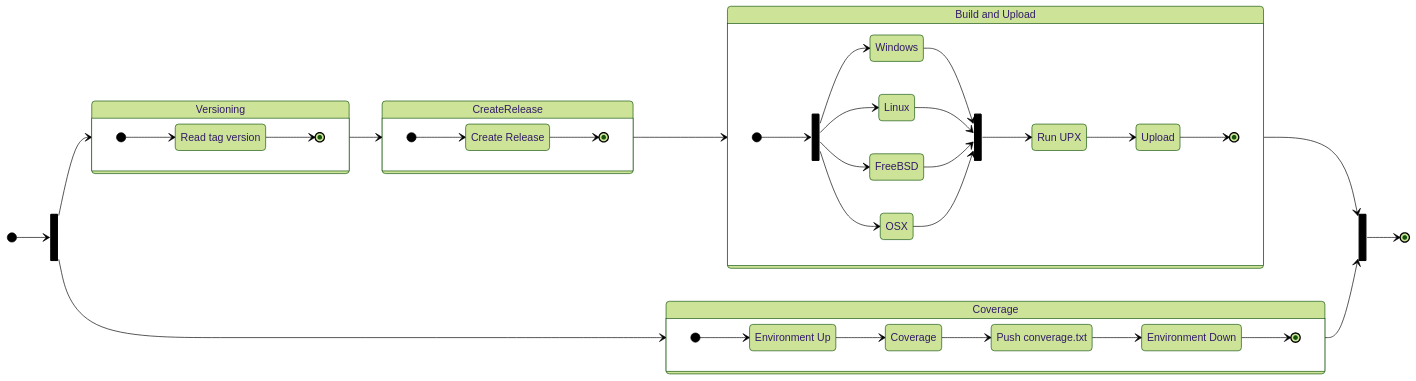
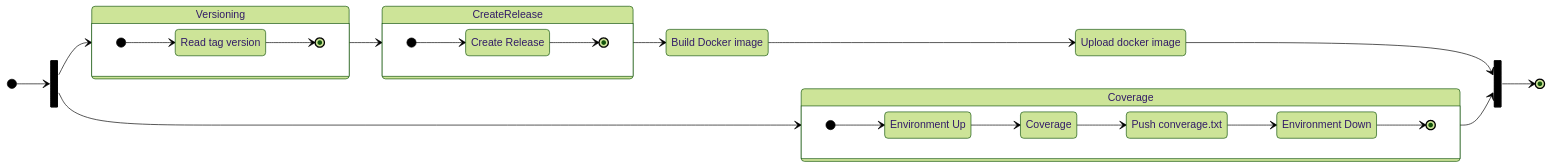
Before and after one commit to hawks-atlanta/docs: the fourth of 5 diagrams in CICD.md, drawn with Mermaid (forest theme).

Commit message:
docs: updated CI release pipeline

````diff
--- a/CICD.md
+++ b/CICD.md
@@ -74,64 +74,48 @@
 ```mermaid
 stateDiagram-v2
 	direction LR
 	
 	state Versioning {
 		direction LR
 		VersionPy: Read tag version
 		[*] --> VersionPy
 		VersionPy --> [*]
 	}
-	BuildAndUpload: Build and Upload
-	state BuildAndUpload {
-		direction LR
-		state fork_build <<fork>>
-		state join_build <<join>>
-		upx: Run UPX
-		[*] --> fork_build
-		fork_build --> Windows
-		fork_build --> Linux
-		fork_build --> FreeBSD
-		fork_build --> OSX
-		Windows --> join_build
-		Linux --> join_build
-		FreeBSD --> join_build
-		OSX --> join_build
-		join_build --> upx
-		upx --> Upload
-		Upload --> [*]
-	}
+	docker: Build Docker image
+	registry: Upload docker image
 	
 	state CreateRelease {
 		direction LR
 		createRelease: Create Release
 		[*] --> createRelease
 		createRelease --> [*]
 	}
 	
 	
 	
 	state Coverage {
 		direction LR
 		EnvironmentUp: Environment Up
 		coverage: Coverage
 		Push: Push converage.txt
 		EnvironmentDown: Environment Down
 		[*] --> EnvironmentUp
 		EnvironmentUp --> coverage
 		coverage --> Push
 		Push --> EnvironmentDown
 		EnvironmentDown --> [*]
 	}
 	
 	state fork_main <<fork>>
 	state join_main <<join>>
 	
 	[*] --> fork_main
 	fork_main --> Versioning
 	fork_main --> Coverage
 	Versioning --> CreateRelease
-	CreateRelease --> BuildAndUpload
-	BuildAndUpload --> join_main
+	CreateRelease --> docker
+	docker --> registry
+	registry --> join_main
 	Coverage --> join_main
 	join_main --> [*]
 ```
````
